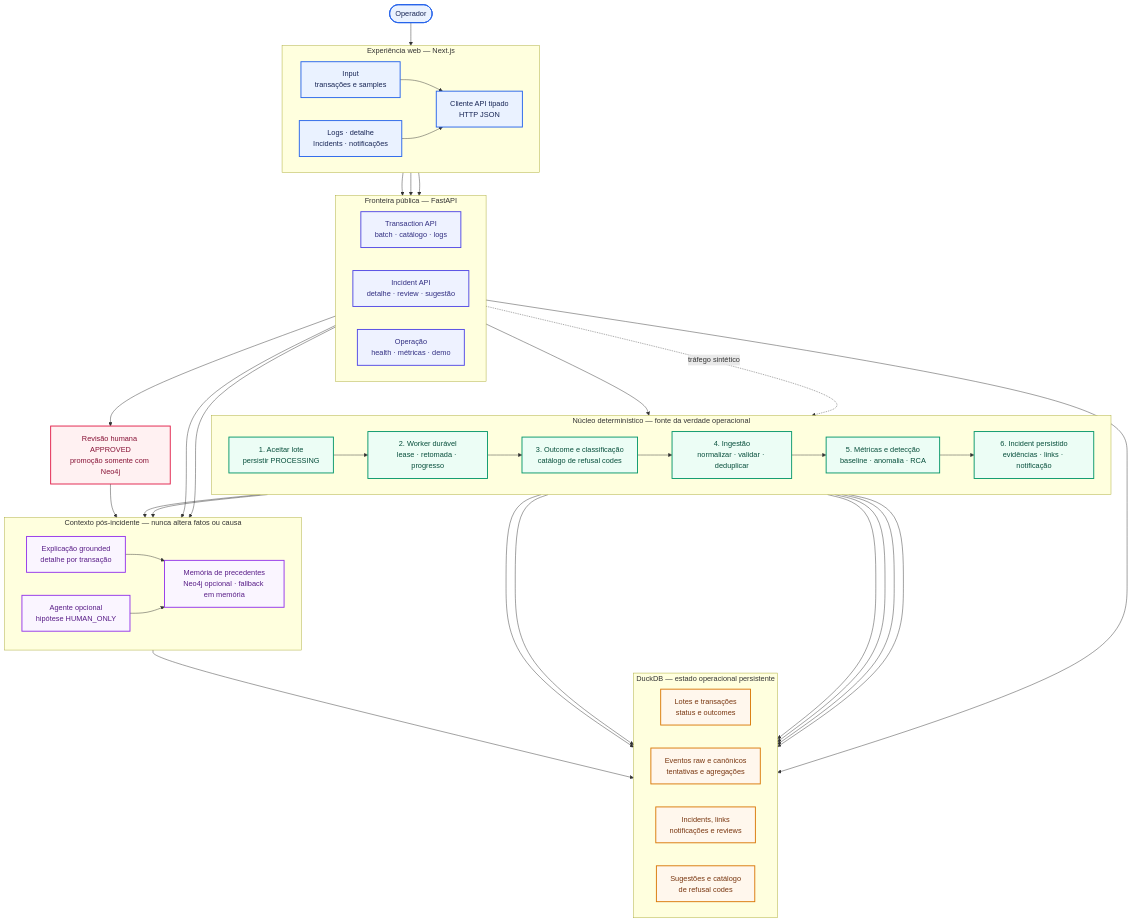
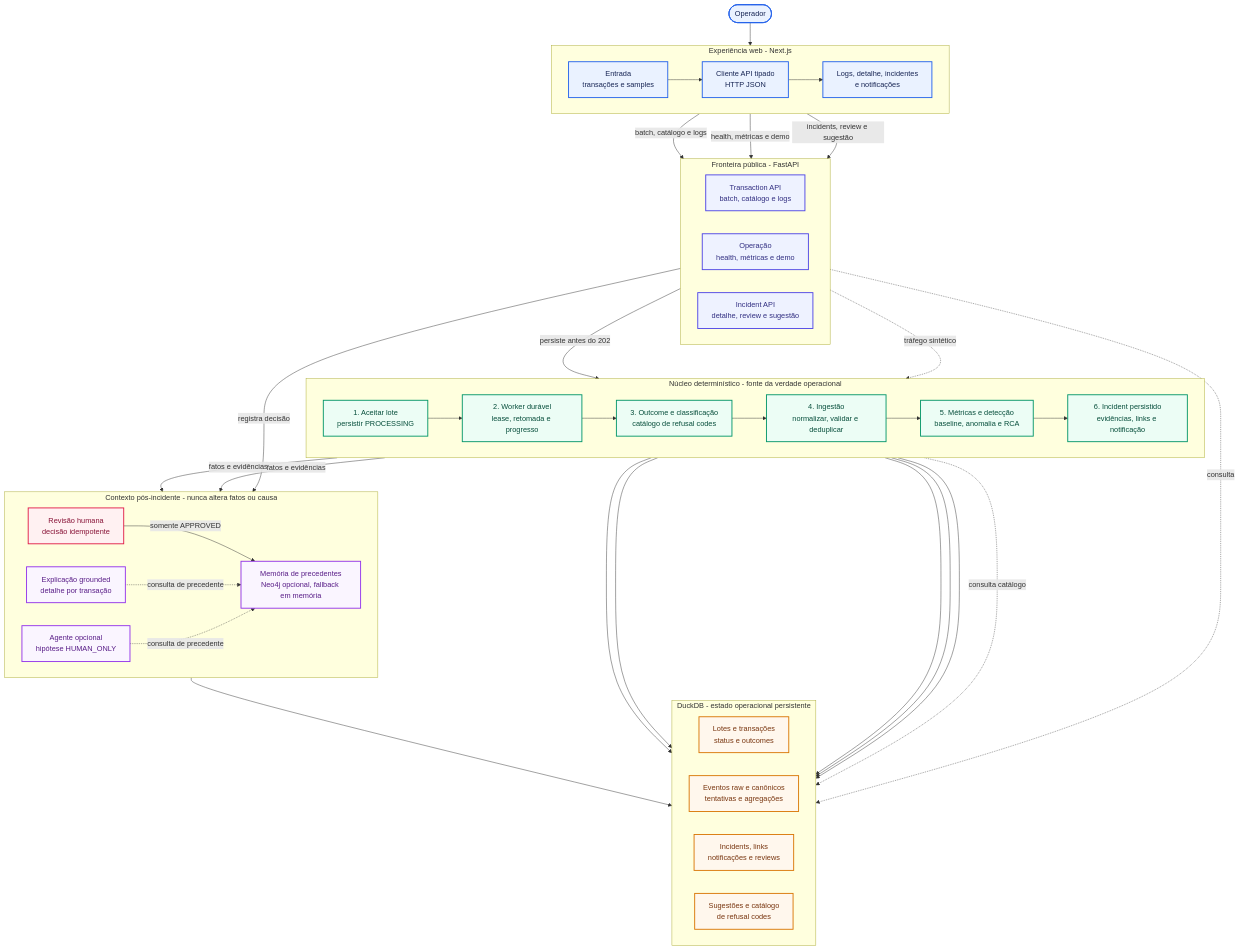
Before and after one commit to 1Renato7/LumenPrep: the diagram in docs/architecture-presentation.md, drawn with Mermaid. The commit also changed other lines of this file and 5 other files, not shown here.

Commit message:
docs: update submission architecture materials

````diff
--- a/docs/architecture-presentation.md
+++ b/docs/architecture-presentation.md
@@ -3,62 +6,73 @@
 ```mermaid
 flowchart TB
-    Operator([Operador]) --> Web
-    subgraph Web["Experiência web — Next.js"]
+    Operator([Operador]) --> Client
+
+    subgraph Web["Experiência web - Next.js"]
         direction LR
-        Input["Input<br/>transações e samples"] --> Client["Cliente API tipado<br/>HTTP JSON"]
-        Observe["Logs · detalhe<br/>Incidents · notificações"] --> Client
+        Input["Entrada<br/>transações e samples"] --> Client["Cliente API tipado<br/>HTTP JSON"] --> Observe["Logs, detalhe, incidentes<br/>e notificações"]
     end
-    subgraph API["Fronteira pública — FastAPI"]
+
+    subgraph API["Fronteira pública - FastAPI"]
         direction LR
-        TxAPI["Transaction API<br/>batch · catálogo · logs"]
-        IncAPI["Incident API<br/>detalhe · review · sugestão"]
-        OpsAPI["Operação<br/>health · métricas · demo"]
+        TxAPI["Transaction API<br/>batch, catálogo e logs"]
+        OpsAPI["Operação<br/>health, métricas e demo"]
+        IncAPI["Incident API<br/>detalhe, review e sugestão"]
     end
-    Client --> TxAPI
-    Client --> IncAPI
-    Client --> OpsAPI
-    subgraph Core["Núcleo determinístico — fonte da verdade operacional"]
+
+    Client -->|batch, catálogo e logs| TxAPI
+    Client -->|health, métricas e demo| OpsAPI
+    Client -->|incidents, review e sugestão| IncAPI
+
+    subgraph Core["Núcleo determinístico - fonte da verdade operacional"]
         direction LR
-        Accept["1. Aceitar lote<br/>persistir PROCESSING"] --> Worker["2. Worker durável<br/>lease · retomada · progresso"] --> Outcome["3. Outcome e classificação<br/>catálogo de refusal codes"] --> Ingest["4. Ingestão<br/>normalizar · validar · deduplicar"] --> Detect["5. Métricas e detecção<br/>baseline · anomalia · RCA"] --> Incident["6. Incident persistido<br/>evidências · links · notificação"]
+        Accept["1. Aceitar lote<br/>persistir PROCESSING"] --> Worker["2. Worker durável<br/>lease, retomada e progresso"] --> Outcome["3. Outcome e classificação<br/>catálogo de refusal codes"] --> Ingest["4. Ingestão<br/>normalizar, validar e deduplicar"] --> Detect["5. Métricas e detecção<br/>baseline, anomalia e RCA"] --> Incident["6. Incident persistido<br/>evidências, links e notificação"]
     end
-    TxAPI --> Accept
+
+    TxAPI -->|persiste antes do 202| Accept
     OpsAPI -. tráfego sintético .-> Ingest
-    subgraph Intelligence["Contexto pós-incidente — nunca altera fatos ou causa"]
+
+    subgraph Context["Contexto pós-incidente - nunca altera fatos ou causa"]
         direction LR
-        Explain["Explicação grounded<br/>detalhe por transação"] --> Memory["Memória de precedentes<br/>Neo4j opcional · fallback em memória"]
-        Agent["Agente opcional<br/>hipótese HUMAN_ONLY"] --> Memory
+        Explain["Explicação grounded<br/>detalhe por transação"]
+        Agent["Agente opcional<br/>hipótese HUMAN_ONLY"]
+        Review["Revisão humana<br/>decisão idempotente"]
+        Memory["Memória de precedentes<br/>Neo4j opcional, fallback em memória"]
     end
-    Incident --> Explain
-    Incident --> Agent
-    IncAPI --> Explain
-    IncAPI --> Agent
-    Review["Revisão humana APPROVED<br/>promoção somente com Neo4j"]
-    IncAPI --> Review --> Memory
-    subgraph Data["DuckDB — estado operacional persistente"]
+
+    Incident -->|fatos e evidências| Explain
+    Incident -->|fatos e evidências| Agent
+    IncAPI -->|registra decisão| Review
+    Review -->|somente APPROVED| Memory
+    Explain -. consulta de precedente .-> Memory
+    Agent -. consulta de precedente .-> Memory
+
+    subgraph Data["DuckDB - estado operacional persistente"]
         direction LR
         TxData["Lotes e transações<br/>status e outcomes"]
         EventData["Eventos raw e canônicos<br/>tentativas e agregações"]
         IncData["Incidents, links<br/>notificações e reviews"]
         AssistData["Sugestões e catálogo<br/>de refusal codes"]
     end
+
     Accept --> TxData
     Worker --> TxData
     Ingest --> EventData
     Detect --> EventData
     Incident --> IncData
+    IncAPI -. consulta .-> IncData
     Agent --> AssistData
-    Outcome --> AssistData
-    IncAPI --> IncData
+    Outcome -. consulta catálogo .-> AssistData
+
     classDef ui fill:#eaf2ff,stroke:#2563eb,color:#172554,stroke-width:2px;
     classDef api fill:#eef2ff,stroke:#4f46e5,color:#312e81,stroke-width:2px;
     classDef core fill:#ecfdf5,stroke:#059669,color:#064e3b,stroke-width:2px;
     classDef data fill:#fff7ed,stroke:#d97706,color:#78350f,stroke-width:2px;
     classDef intel fill:#faf5ff,stroke:#9333ea,color:#581c87,stroke-width:2px;
     classDef human fill:#fff1f2,stroke:#e11d48,color:#881337,stroke-width:2px;
     class Operator,Input,Observe,Client ui;
     class TxAPI,IncAPI,OpsAPI api;
     class Accept,Worker,Outcome,Ingest,Detect,Incident core;
     class TxData,EventData,IncData,AssistData data;
     class Explain,Agent,Memory intel;
     class Review human;
 ```
````
